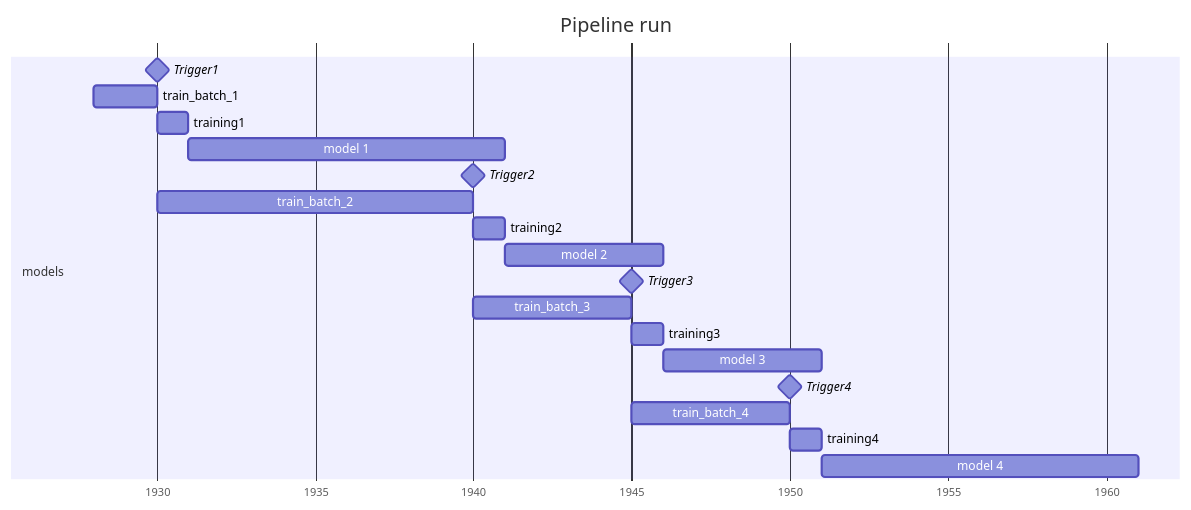
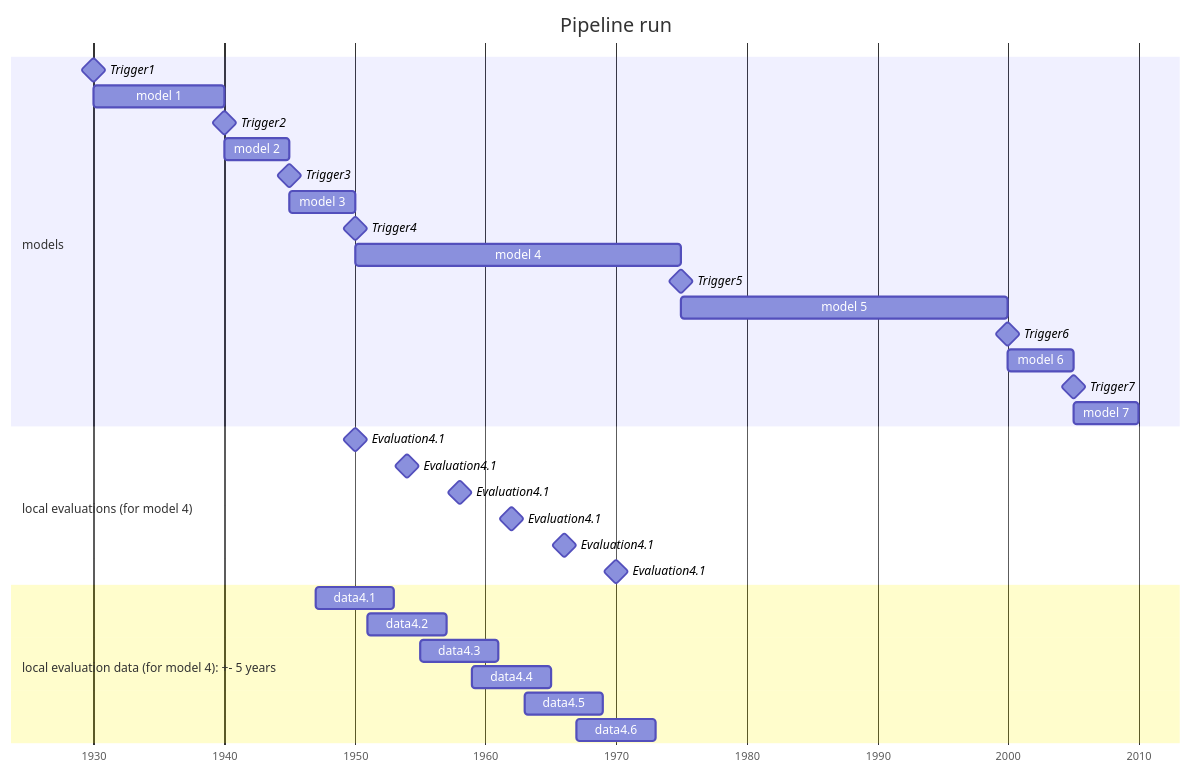
Before and after one commit to eth-easl/modyn: the second of 4 diagrams in docs/EVALUATION.md, drawn with Mermaid. The commit also changed other lines of this file, not shown here.

````diff
--- a/docs/EVALUATION.md
+++ b/docs/EVALUATION.md
@@ -80,27 +145,35 @@
 ```mermaid
 gantt
     title Pipeline run
     dateFormat YYYY-MM-DD
     axisFormat %Y
     section models
-        Trigger1 :milestone, t1, 1930, 0d
-        train_batch_1 :a10, 1928, 2y
-        training1 :a11, after t1, 1y
-        model 1          :a12, after a11, until a22
-
-        Trigger2 :milestone, t2, 1940, 0d
-        train_batch_2 :a20, after a10, until t2
-        training2 :a21, after t2, 1y
-        model 2          :a22, after a21, until a32
-
-        Trigger3 :milestone, t3, 1945, 0d
-        train_batch_3 :a30, after a20, until t3
-        training3 :a31, after t3, 1y
-        model 3          :a32, after a31, until a42
-
-        Trigger4 :milestone, t4, 1950, 0d
-        train_batch_4 :a40, after a30, until t4
-        training4 :a41, after t4, 1y
-        model 4          :a42, after a41, 10y
-
+        Trigger1 :milestone, 1930, 0d
+        model 1          :a1, 1930, 10y
+        Trigger2 :milestone, :after a1
+        model 2          :a2, after a1, 5y
+        Trigger3 :milestone, :after a2
+        model 3          :a3, after a2, 5y
+        Trigger4 :milestone, :after a3
+        model 4          :a4, after a3, 25y
+        Trigger5 :milestone, :after a4
+        model 5          :a5, after a4, 25y
+        Trigger6 :milestone, :after a5
+        model 6          :a6, after a5, 5y
+        Trigger7 :milestone, :after a6
+        model 7          :a7, after a6, 5y
+    section local evaluations (for model 4)
+        Evaluation4.1 :milestone, 1950, 0d
+        Evaluation4.1 :milestone, 1954, 0d
+        Evaluation4.1 :milestone, 1958, 0d
+        Evaluation4.1 :milestone, 1962, 0d
+        Evaluation4.1 :milestone, 1966, 0d
+        Evaluation4.1 :milestone, 1970, 0d
+    section local evaluation data (for model 4): +- 5 years
+        data4.1 :e4.1, 1947, 6y
+        data4.2 :e4.2, 1951, 6y
+        data4.3 :e4.3, 1955, 6y
+        data4.4 :e4.4, 1959, 6y
+        data4.5 :e4.5, 1963, 6y
+        data4.6 :e4.6, 1967, 6y
 ```
````
